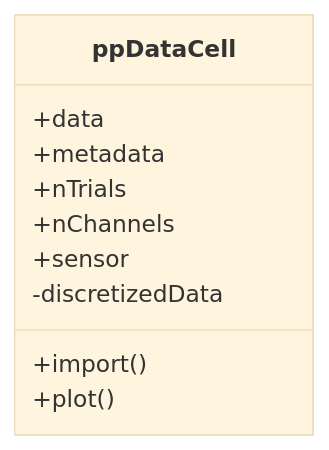
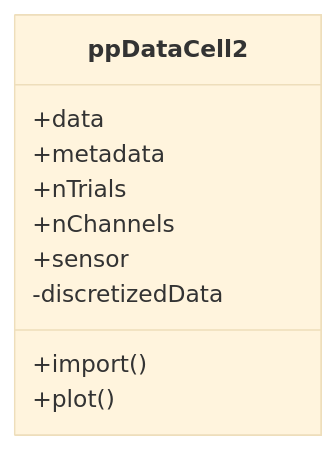
Before and after one commit to GiszterLab/SdoAnalysisToolkit: the diagram in sat-master/documentation/docs/classes/m_ppDataCell.md, drawn with Mermaid (base theme). The commit also changed other lines of this file and 48 other files, not shown here.

````diff
--- a/sat-master/documentation/docs/classes/m_ppDataCell.md
+++ b/sat-master/documentation/docs/classes/m_ppDataCell.md
@@ -9,13 +12,13 @@
 ```mermaid
 classDiagram
-    class ppDataCell {
+    class ppDataCell2 {
         +data
         +metadata
         +nTrials
         +nChannels
         +sensor
         -discretizedData
         +import()
         +plot()
     }
 ```
````
